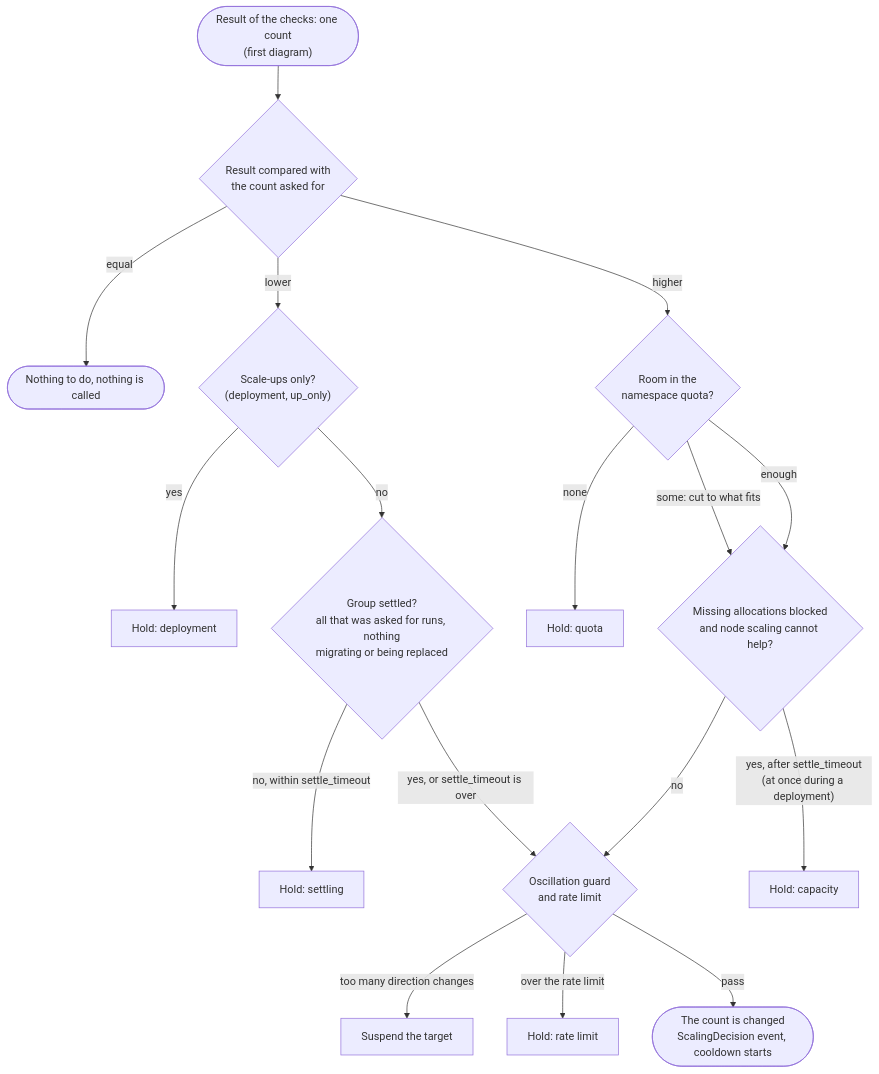
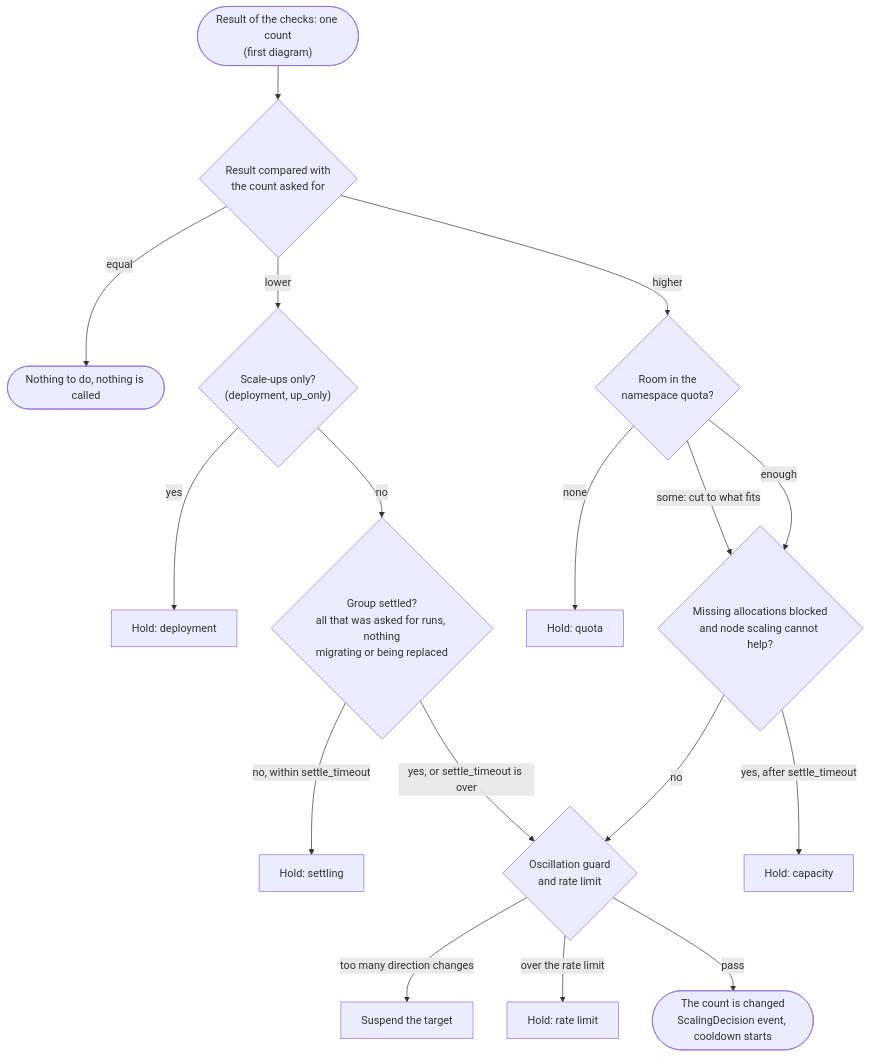
One commit to bacanoo-io/norca-doc changed the third of 3 diagrams in content/docs/features/autoscaler/_index.md. Above: the diagram before and after it, drawn with Mermaid. The commit also changed other lines of this file and 3 other files, not shown here.

````diff
--- a/content/docs/features/autoscaler/_index.md
+++ b/content/docs/features/autoscaler/_index.md
@@ -159,19 +159,19 @@
 ```mermaid
 flowchart TD
   RESULT(["Result of the checks: one count<br/>(first diagram)"]) --> CMP{"Result compared with<br/>the count asked for"}
   CMP -->|"equal"| NOOP(["Nothing to do, nothing is called"])
   CMP -->|"lower"| UO{"Scale-ups only?<br/>(deployment, up_only)"}
   UO -->|"yes"| H_DEP["Hold: deployment"]
   UO -->|"no"| SETTLED{"Group settled?<br/>all that was asked for runs, nothing<br/>migrating or being replaced"}
   SETTLED -->|"no, within settle_timeout"| H_SET["Hold: settling"]
   SETTLED -->|"yes, or settle_timeout is over"| GUARD
   CMP -->|"higher"| QUOTA{"Room in the<br/>namespace quota?"}
   QUOTA -->|"none"| H_Q["Hold: quota"]
   QUOTA -->|"some: cut to what fits"| CAPACITY{"Missing allocations blocked<br/>and node scaling cannot help?"}
   QUOTA -->|"enough"| CAPACITY
-  CAPACITY -->|"yes, after settle_timeout<br/>(at once during a deployment)"| H_CAP["Hold: capacity"]
+  CAPACITY -->|"yes, after settle_timeout"| H_CAP["Hold: capacity"]
   CAPACITY -->|"no"| GUARD{"Oscillation guard<br/>and rate limit"}
   GUARD -->|"too many direction changes"| H_OSC["Suspend the target"]
   GUARD -->|"over the rate limit"| H_RL["Hold: rate limit"]
   GUARD -->|"pass"| ACT(["The count is changed<br/>ScalingDecision event, cooldown starts"])
 ```
````
